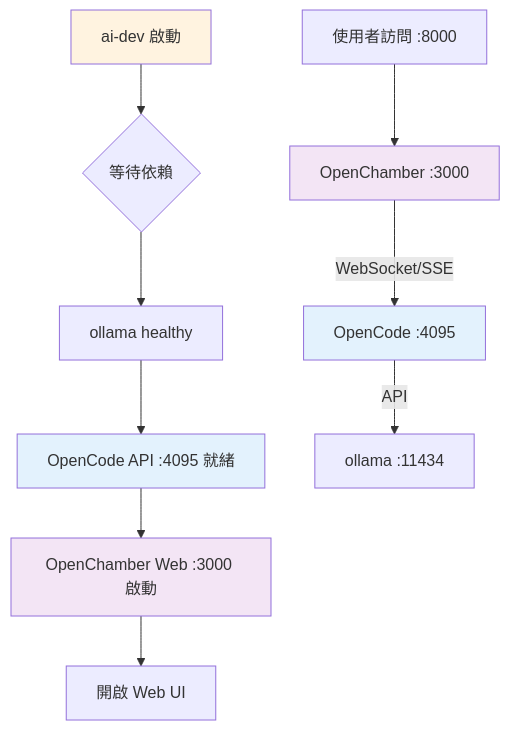
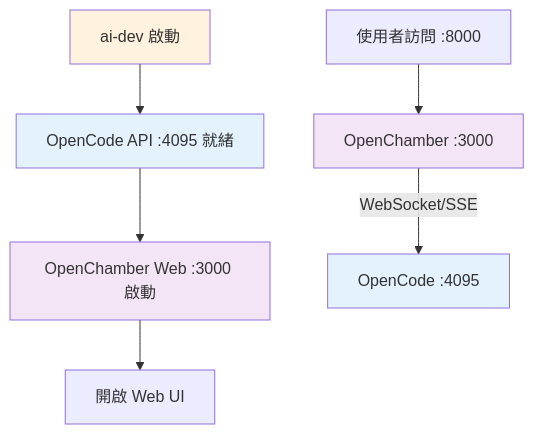
One commit to tryweb/ai-engkit changed the third of 11 diagrams in docs/ARCHITECTURE.md. Above: the diagram before and after it, drawn with Mermaid. The commit also changed other lines of this file and 4 other files, not shown here.

````diff
--- a/docs/ARCHITECTURE.md
+++ b/docs/ARCHITECTURE.md
@@ -97,18 +83,15 @@
 ```mermaid
 graph TD
-    A["ai-dev 啟動"] --> B{"等待依賴"}
-    B --> C["ollama healthy"]
-    C --> D["OpenCode API :4095 就緒"]
+    A["ai-dev 啟動"] --> D["OpenCode API :4095 就緒"]
     D --> E["OpenChamber Web :3000 啟動"]
     E --> F["開啟 Web UI"]
 
     G["使用者訪問 :8000"] --> H["OpenChamber :3000"]
     H -->|"WebSocket/SSE"| I["OpenCode :4095"]
-    I -->|"API"| J["ollama :11434"]
     
     style A fill:#fff3e0
     style D fill:#e3f2fd
     style E fill:#f3e5f5
     style H fill:#f3e5f5
     style I fill:#e3f2fd
 ```
````
